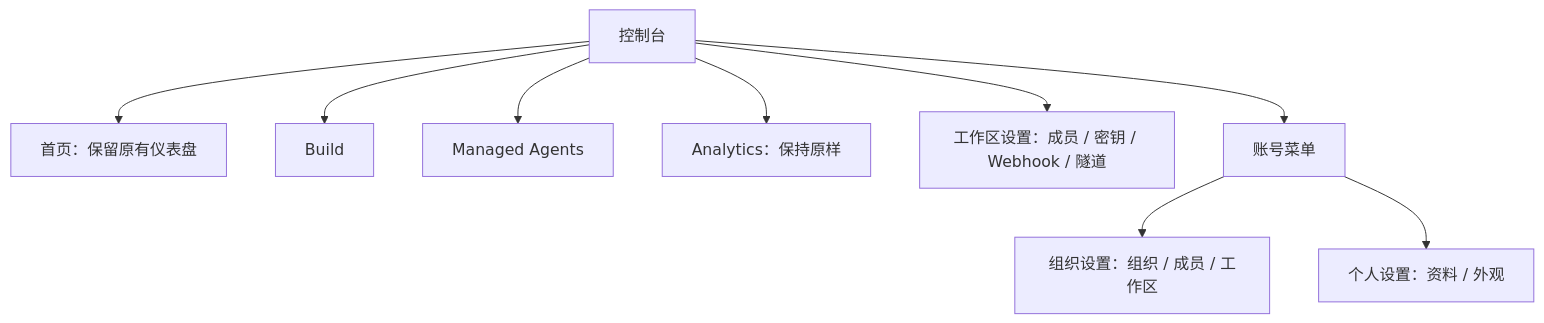
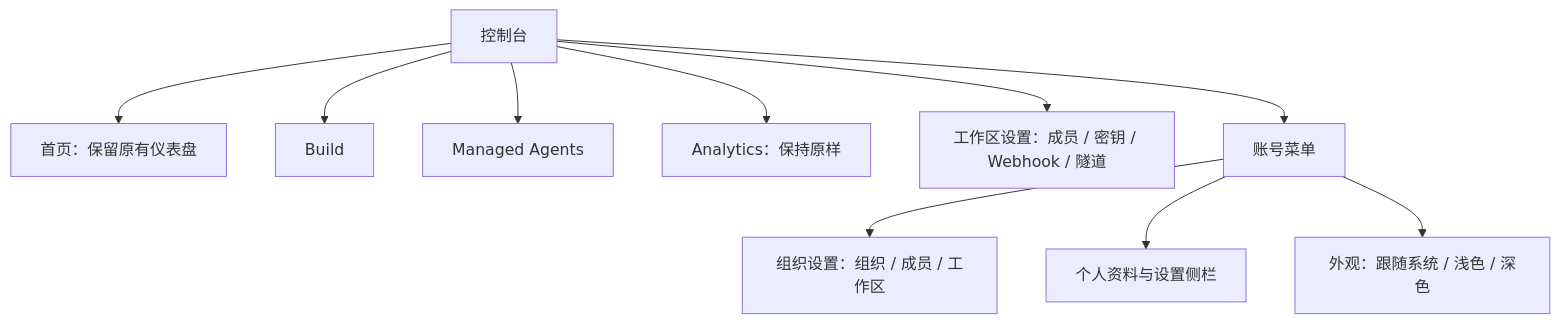
Before and after one commit to superduck-ai/open-managed-agents: the diagram in docs/design/fe/console-sidebar.md, drawn with Mermaid. The commit also changed other lines of this file and 309 other files, not shown here.

````diff
--- a/docs/design/fe/console-sidebar.md
+++ b/docs/design/fe/console-sidebar.md
@@ -24,11 +24,12 @@
 ```mermaid
 flowchart TD
   Console[控制台] --> Home[首页：保留原有仪表盘]
   Console --> Build[Build]
   Console --> Agents[Managed Agents]
   Console --> Analytics[Analytics：保持原样]
   Console --> Workspace[工作区设置：成员 / 密钥 / Webhook / 隧道]
   Console --> Account[账号菜单]
   Account --> Org[组织设置：组织 / 成员 / 工作区]
-  Account --> Personal[个人设置：资料 / 外观]
+  Account --> Personal[个人资料与设置侧栏]
+  Account --> Theme[外观：跟随系统 / 浅色 / 深色]
 ```
````
